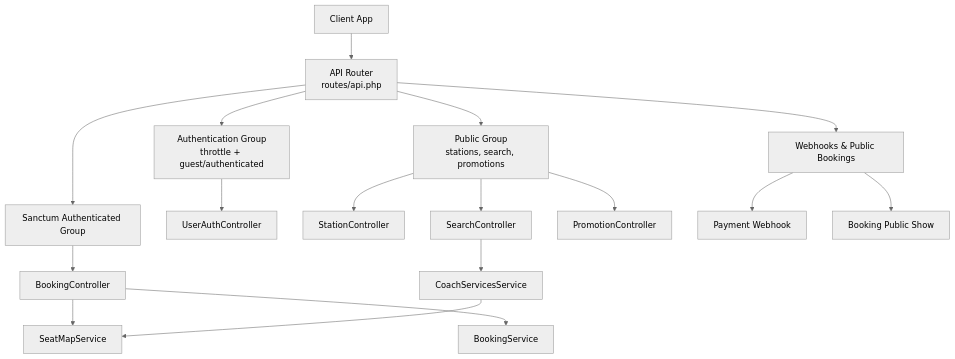
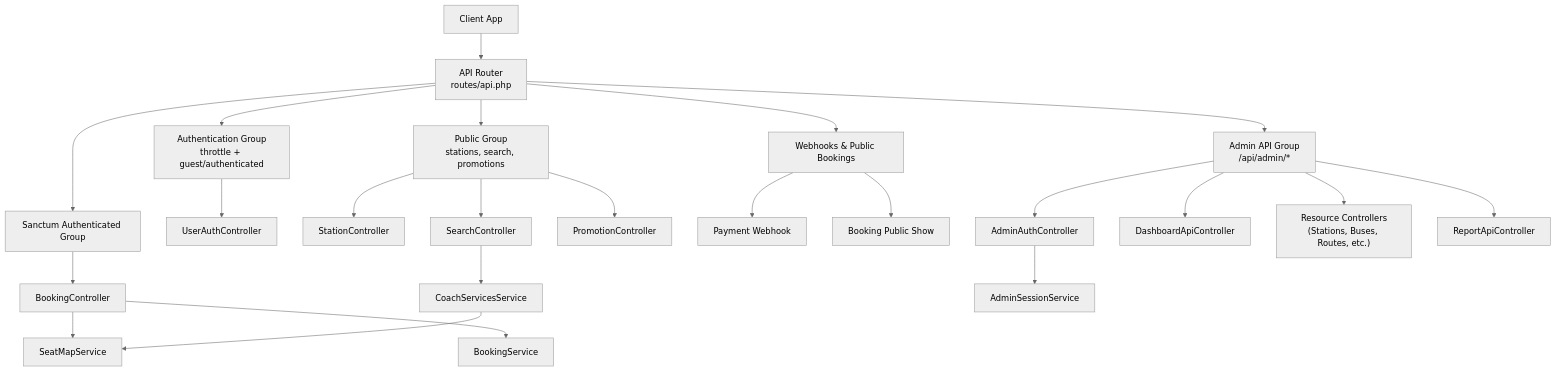
One commit to mahbub095/bus-app changed the first of 3 diagrams in .qoder/repowiki/en/content/System Architecture/Backend Architecture/Routing Strategy/API Routes.md. Above: the diagram before and after it, drawn with Mermaid (neutral theme). The commit also changed other lines of this file and 460 other files, not shown here.

````diff
--- a/.qoder/repowiki/en/content/System Architecture/Backend Architecture/Routing Strategy/API Routes.md
+++ b/.qoder/repowiki/en/content/System Architecture/Backend Architecture/Routing Strategy/API Routes.md
@@ -40,19 +62,25 @@
 ```mermaid
 graph TB
 Client["Client App"] --> Router["API Router<br/>routes/api.php"]
 Router --> AuthGroup["Authentication Group<br/>throttle + guest/authenticated"]
 Router --> PublicGroup["Public Group<br/>stations, search, promotions"]
 Router --> WebhookGroup["Webhooks & Public Bookings"]
 Router --> SanctumGroup["Sanctum Authenticated Group"]
+Router --> AdminGroup["Admin API Group<br/>/api/admin/*"]
 AuthGroup --> UserAuthCtrl["UserAuthController"]
 PublicGroup --> StationCtrl["StationController"]
 PublicGroup --> SearchCtrl["SearchController"]
 PublicGroup --> PromoCtrl["PromotionController"]
 WebhookGroup --> PaymentWebhook["Payment Webhook"]
 WebhookGroup --> BookingPublic["Booking Public Show"]
 SanctumGroup --> BookingCtrl["BookingController"]
+AdminGroup --> AdminAuthCtrl["AdminAuthController"]
+AdminGroup --> DashboardCtrl["DashboardApiController"]
+AdminGroup --> ResourceCtls["Resource Controllers<br/>(Stations, Buses, Routes, etc.)"]
+AdminGroup --> ReportCtrl["ReportApiController"]
 BookingCtrl --> BookingSvc["BookingService"]
 BookingCtrl --> SeatSvc["SeatMapService"]
 SearchCtrl --> CoachSvc["CoachServicesService"]
 CoachSvc --> SeatSvc
+AdminAuthCtrl --> SessionSvc["AdminSessionService"]
 ```
````
